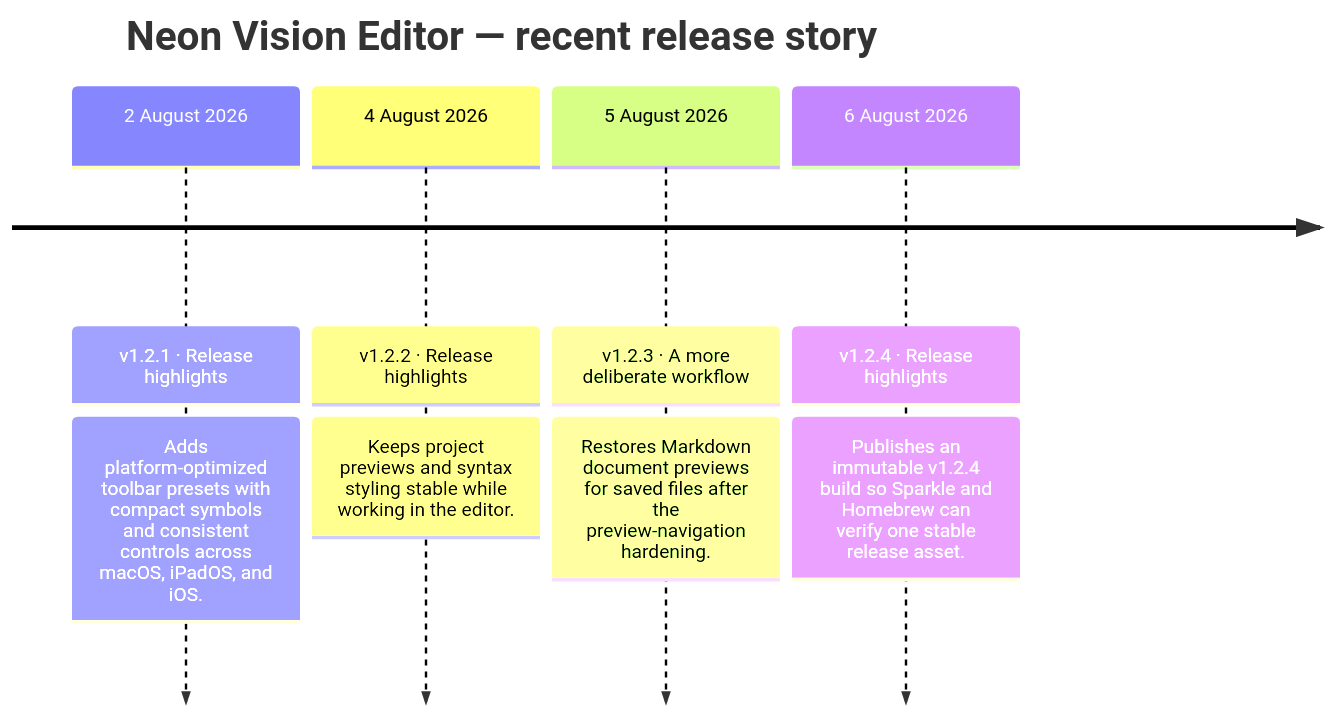
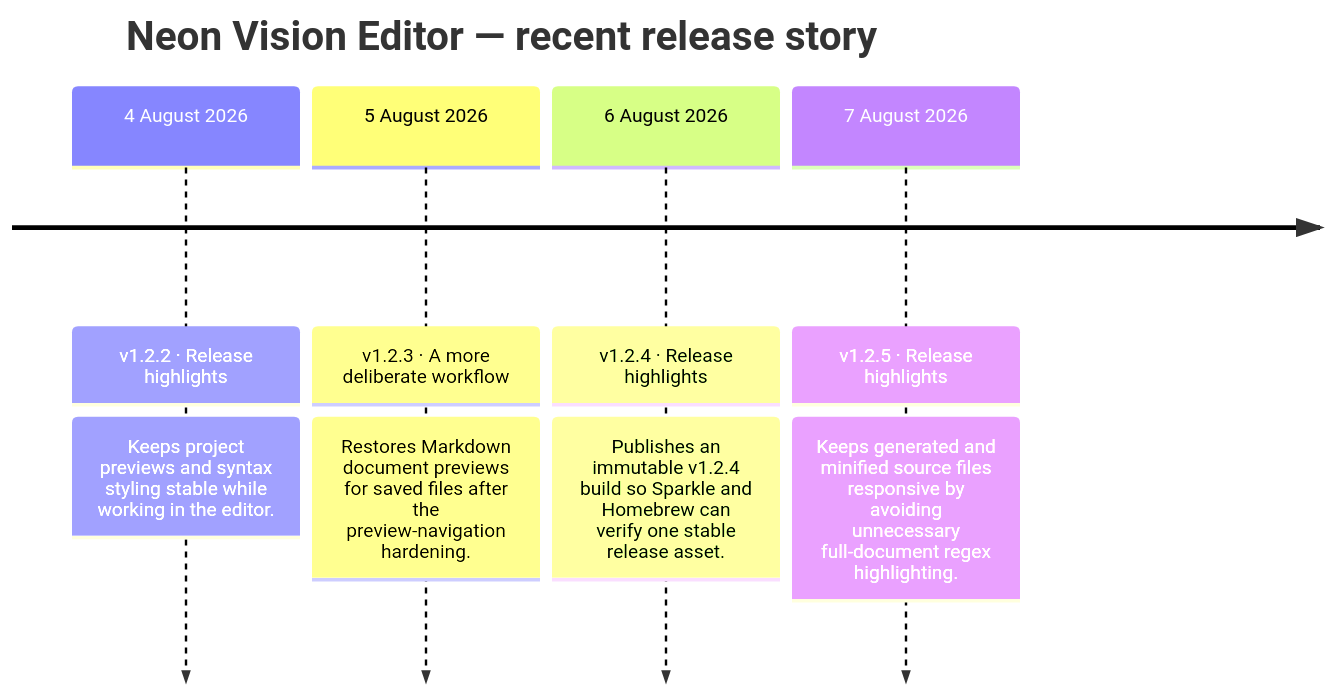
One commit to h3pdesign/Neon-Vision-Editor changed the second of 2 diagrams in README.md. Above: the diagram before and after it, drawn with Mermaid. The commit also changed other lines of this file and 4 other files, not shown here.

````diff
--- a/README.md
+++ b/README.md
@@ -775,12 +765,12 @@
 ```mermaid
 timeline
     title Neon Vision Editor — recent release story
-    2 August 2026 : v1.2.1 · Release highlights
-                : Adds platform-optimized toolbar presets with compact symbols and consistent controls across macOS, iPadOS, and iOS.
     4 August 2026 : v1.2.2 · Release highlights
                 : Keeps project previews and syntax styling stable while working in the editor.
     5 August 2026 : v1.2.3 · A more deliberate workflow
                 : Restores Markdown document previews for saved files after the preview-navigation hardening.
     6 August 2026 : v1.2.4 · Release highlights
                 : Publishes an immutable v1.2.4 build so Sparkle and Homebrew can verify one stable release asset.
+    7 August 2026 : v1.2.5 · Release highlights
+                : Keeps generated and minified source files responsive by avoiding unnecessary full-document regex highlighting.
 ```
````
